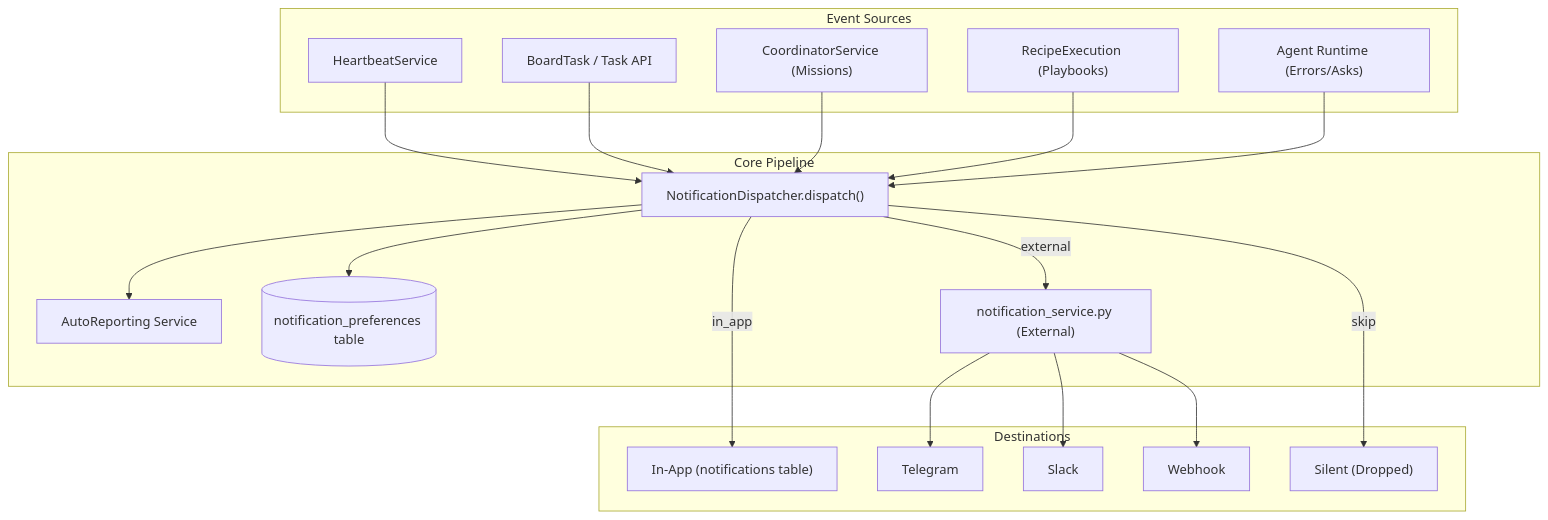
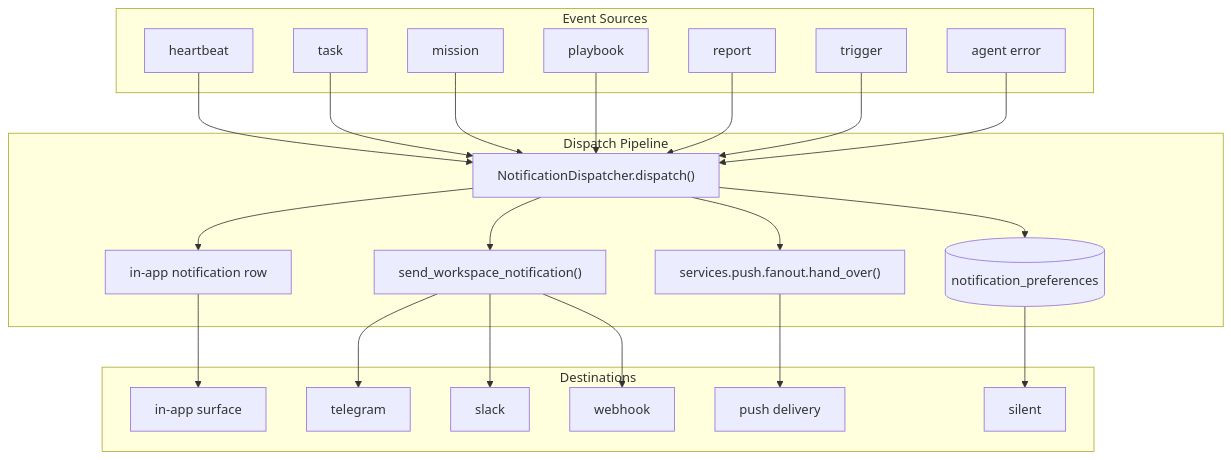
The first of 3 diagrams in docs/unified-notification-system/_index.md (AutomatosAI/automatos-ai), drawn with Mermaid before and after one commit. The commit also changed other lines of this file and 188 other files, not shown here.

First line of the commit message:
docs: refresh architecture docs and add coverage for new subsystems (#1416)

````diff
--- a/docs/unified-notification-system/_index.md
+++ b/docs/unified-notification-system/_index.md
@@ -36,33 +44,47 @@
 ```mermaid
 graph TD
     subgraph "Event Sources"
-        H["HeartbeatService"]
-        T["BoardTask / Task API"]
-        M["CoordinatorService (Missions)"]
-        P["RecipeExecution (Playbooks)"]
-        A["Agent Runtime (Errors/Asks)"]
+        Heartbeat["heartbeat"]
+        Task["task"]
+        Mission["mission"]
+        Playbook["playbook"]
+        Report["report"]
+        Trigger["trigger"]
+        AgentError["agent error"]
     end
 
-    subgraph "Core Pipeline"
-        ND["NotificationDispatcher.dispatch()"]
-        AR["AutoReporting Service"]
-        NP[("notification_preferences table")]
-        NS["notification_service.py (External)"]
+    subgraph "Dispatch Pipeline"
+        Dispatch["NotificationDispatcher.dispatch()"]
+        Preferences[("notification_preferences")]
+        InApp["in-app notification row"]
+        External["send_workspace_notification()"]
+        Push["services.push.fanout.hand_over()"]
     end
 
     subgraph "Destinations"
-        IA["In-App (notifications table)"]
-        TG["Telegram"]
-        SL["Slack"]
-        WH["Webhook"]
-        SI["Silent (Dropped)"]
+        Bell["in-app surface"]
+        Telegram["telegram"]
+        Slack["slack"]
+        Webhook["webhook"]
+        Phone["push delivery"]
+        Silent["silent"]
     end
 
-    H & T & M & P & A --> ND
-    ND --> AR
-    ND --> NP
-    ND -- "in_app" --> IA
-    ND -- "external" --> NS
-    ND -- "skip" --> SI
-    NS --> TG & SL & WH
+    Heartbeat --> Dispatch
+    Task --> Dispatch
+    Mission --> Dispatch
+    Playbook --> Dispatch
+    Report --> Dispatch
+    Trigger --> Dispatch
+    AgentError --> Dispatch
+    Dispatch --> Preferences
+    Dispatch --> InApp
+    InApp --> Bell
+    Dispatch --> External
+    External --> Telegram
+    External --> Slack
+    External --> Webhook
+    Dispatch --> Push
+    Push --> Phone
+    Preferences --> Silent
 ```
````
